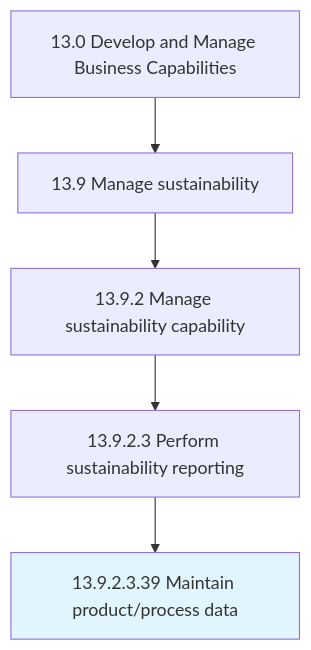
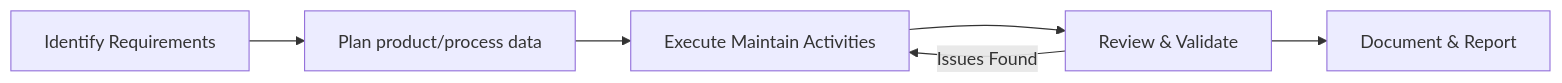
One commit to kziemski/business.org.ai changed the diagram in processes/13-Capabilities/13.9-ManageSustainability/13.9.2-ManageSustainabilityCapability/13.9.2.3-PerformSustainabilityReporting/MaintainProductprocessData.mdx. Above: the diagram before and after it, drawn with Mermaid. The commit also changed other lines of this file and 1669 other files, not shown here.

````diff
--- a/processes/13-Capabilities/13.9-ManageSustainability/13.9.2-ManageSustainabilityCapability/13.9.2.3-PerformSustainabilityReporting/MaintainProductprocessData.mdx
+++ b/processes/13-Capabilities/13.9-ManageSustainability/13.9.2-ManageSustainabilityCapability/13.9.2.3-PerformSustainabilityReporting/MaintainProductprocessData.mdx
@@ -20,9 +11,8 @@
 ```mermaid
-graph TD
-    C13["13.0 Develop and Manage Business Capabilities"]
-    C13 --> N13_9["13.9 Manage sustainability"]
-    N13_9 --> N13_9_2["13.9.2 Manage sustainability capability"]
-    N13_9_2 --> N13_9_2_3["13.9.2.3 Perform sustainability reporting"]
-    N13_9_2_3 --> N13_9_2_3_39["13.9.2.3.39 Maintain product/process data"]
-    style N13_9_2_3_39 fill:#e1f5fe
+flowchart LR
+    A["Identify Requirements"] --> B["Plan product/process data"]
+    B --> C["Execute Maintain Activities"]
+    C --> D["Review & Validate"]
+    D --> E["Document & Report"]
+    D -- "Issues Found" --> C
 ```
````
